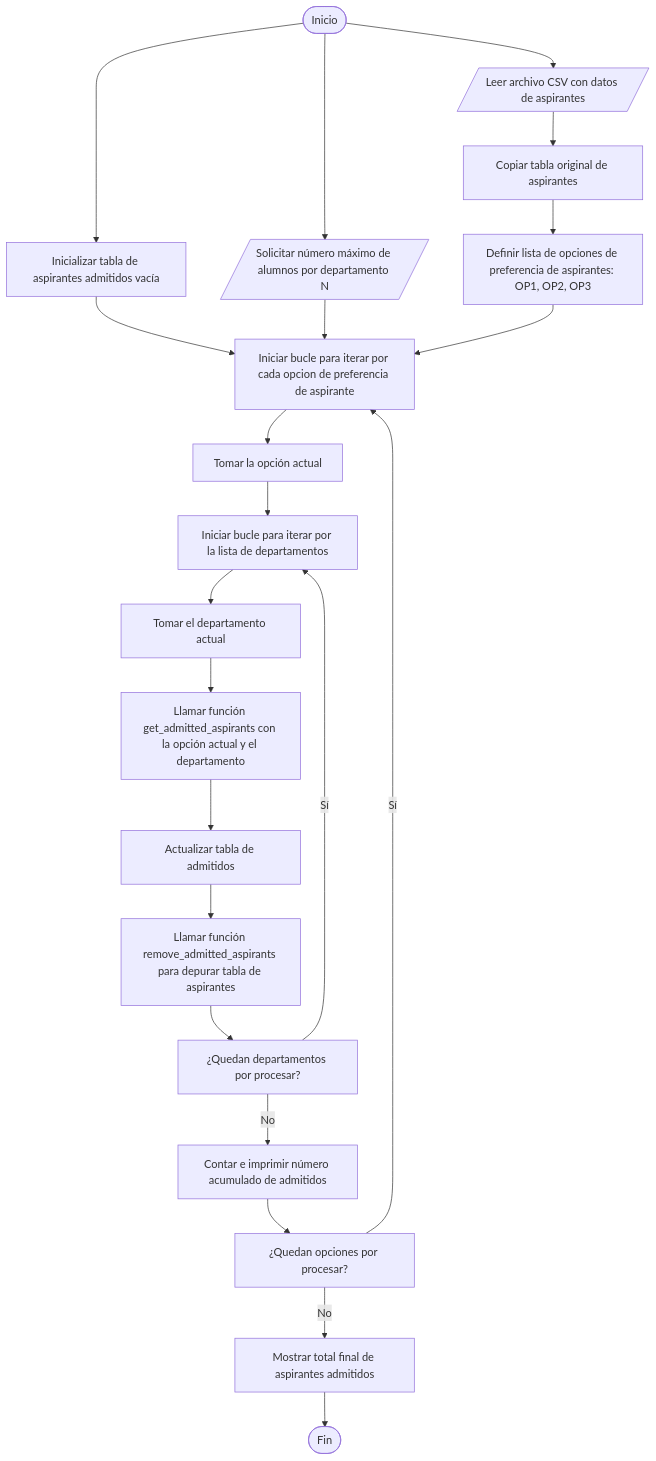
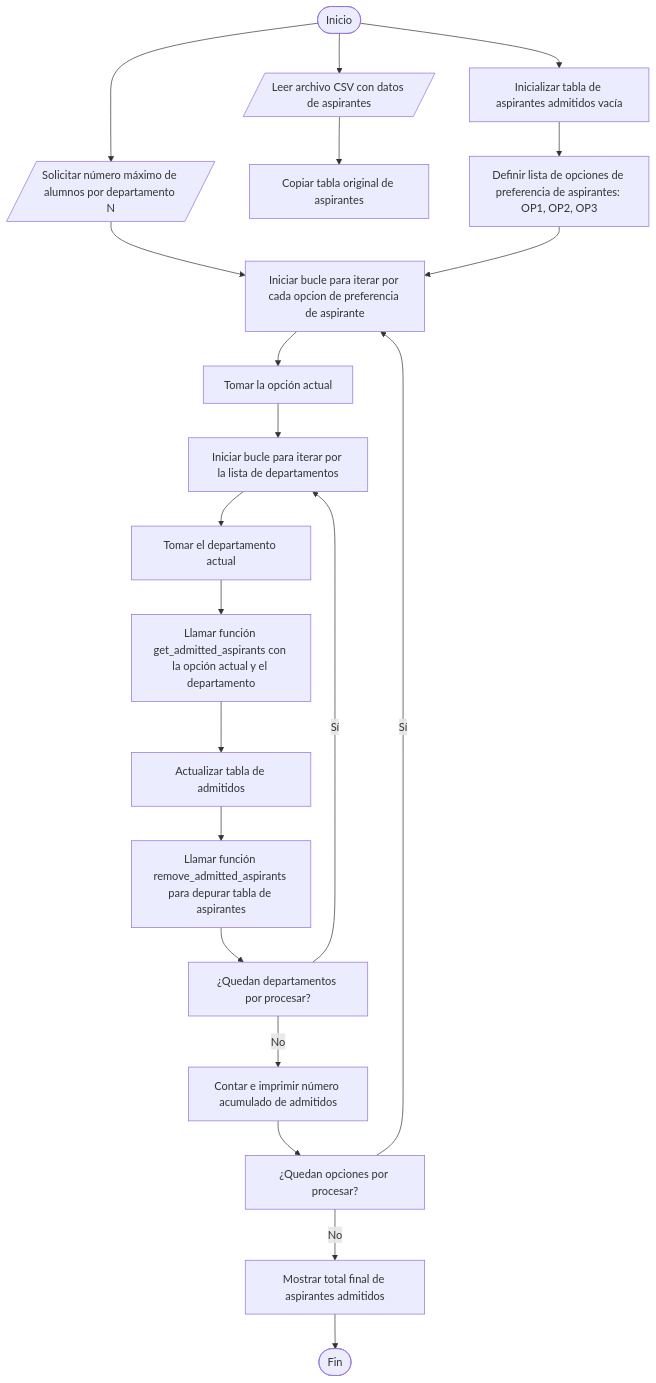
One commit to vshalisko/PythonIntro changed the diagram in Unidad_3/Proyecto_3_algoritmo.mermaid. Above: the diagram before and after it, drawn with Mermaid.

```diff
--- a/Unidad_3/Proyecto_3_algoritmo.mermaid
+++ b/Unidad_3/Proyecto_3_algoritmo.mermaid
@@ -1,23 +1,22 @@
 flowchart TD
 
 A([Inicio]) --> B[/Leer archivo CSV con datos de aspirantes/]
 A --> C[/Solicitar número máximo de alumnos por departamento N/]
 A --> D[Inicializar tabla de aspirantes admitidos vacía]
 B --> E[Copiar tabla original de aspirantes]
-D --> G
-E --> F[Definir lista de opciones de preferencia de aspirantes: OP1, OP2, OP3]
+D --> F[Definir lista de opciones de preferencia de aspirantes: OP1, OP2, OP3]
 C --> G
 F --> G[Iniciar bucle para iterar por cada opcion de preferencia de aspirante]
 G --> H[Tomar la opción actual]
 H --> I[Iniciar bucle para iterar por la lista de departamentos]
 I --> J[Tomar el departamento actual]
 J --> K[Llamar función get_admitted_aspirants con la opción actual y el departamento]
 K --> L[Actualizar tabla de admitidos]
 L --> M[Llamar función remove_admitted_aspirants para depurar tabla de aspirantes]
 M --> N[¿Quedan departamentos por procesar?]
 N -- Sí --> I
 N -- No --> O[Contar e imprimir número acumulado de admitidos]
 O --> P[¿Quedan opciones por procesar?]
 P -- Sí --> G
 P -- No --> Q[Mostrar total final de aspirantes admitidos]
 Q --> R([Fin])
```
